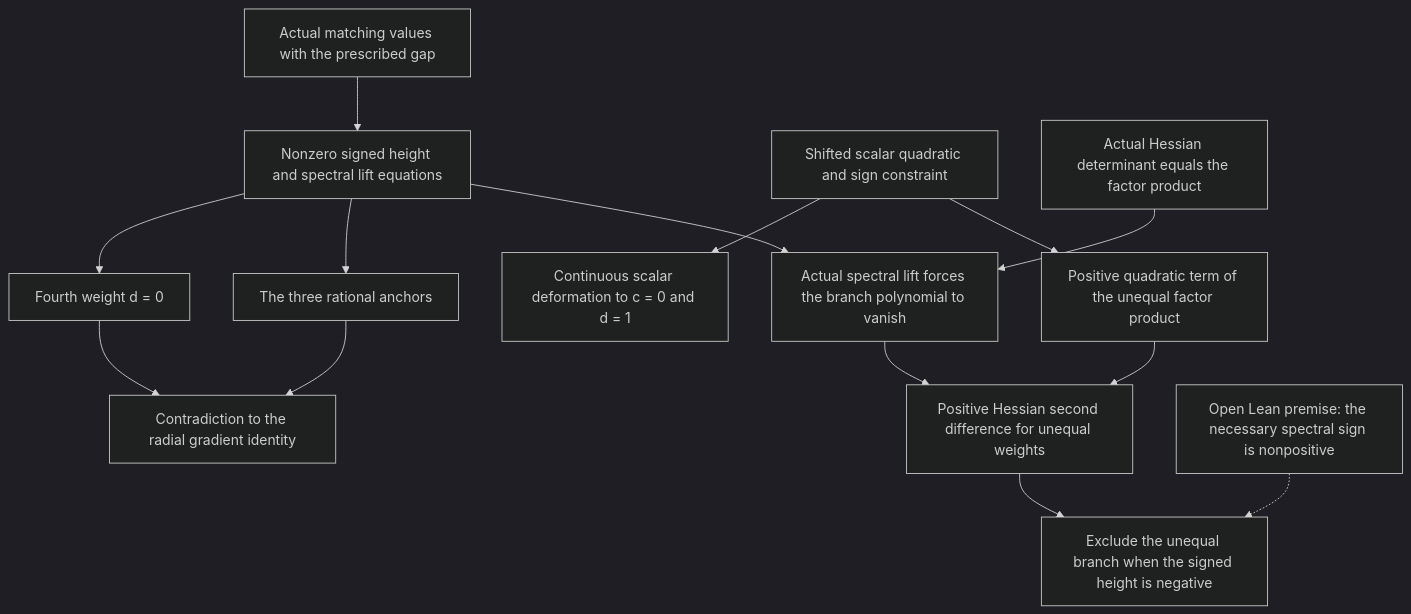
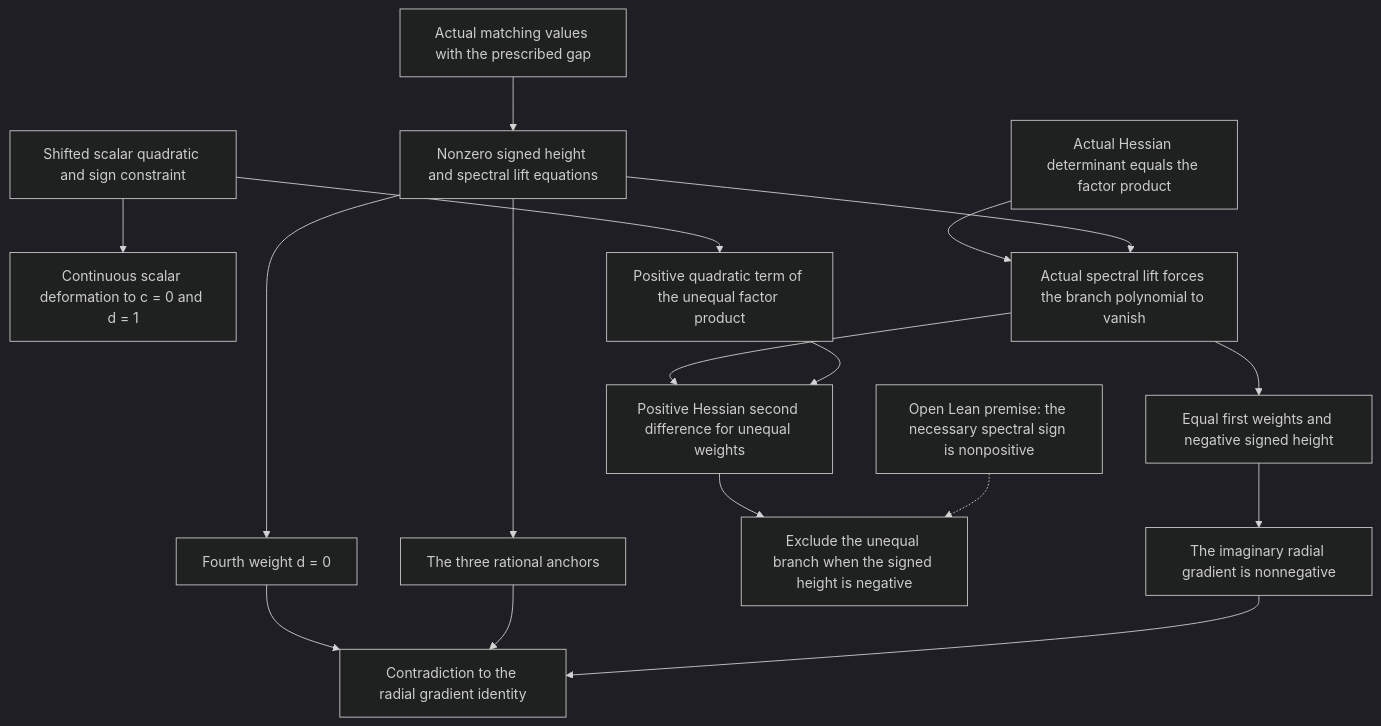
Before and after one commit to ascendnoosphere/MOC: the diagram in Docs/Proofs/order-four-0710-contact-map.md, drawn with Mermaid (dark theme). The commit also changed other lines of this file and 1 other file, not shown here.

Commit message:
lean: exclude the equal five-ray branch by a radial row identity

````diff
--- a/Docs/Proofs/order-four-0710-contact-map.md
+++ b/Docs/Proofs/order-four-0710-contact-map.md
@@ -19,29 +19,34 @@
 ```mermaid
 flowchart TD
     A["Actual matching values with the prescribed gap"]
     B["Nonzero signed height and spectral lift equations"]
     C["Fourth weight d = 0"]
     D["The three rational anchors"]
     E["Contradiction to the radial gradient identity"]
     S["Shifted scalar quadratic and sign constraint"]
     T["Continuous scalar deformation to c = 0 and d = 1"]
     P["Positive quadratic term of the unequal factor product"]
     H["Actual Hessian determinant equals the factor product"]
     J["Actual spectral lift forces the branch polynomial to vanish"]
     O["Positive Hessian second difference for unequal weights"]
     N["Open Lean premise: the necessary spectral sign is nonpositive"]
     X["Exclude the unequal branch when the signed height is negative"]
+    F["Equal first weights and negative signed height"]
+    R["The imaginary radial gradient is nonnegative"]
     A --> B
     B --> C
     B --> D
     C --> E
     D --> E
     S --> T
     S --> P
     H --> J
     B --> J
     J --> O
     P --> O
     O --> X
     N -.-> X
+    J --> F
+    F --> R
+    R --> E
 ```
````
